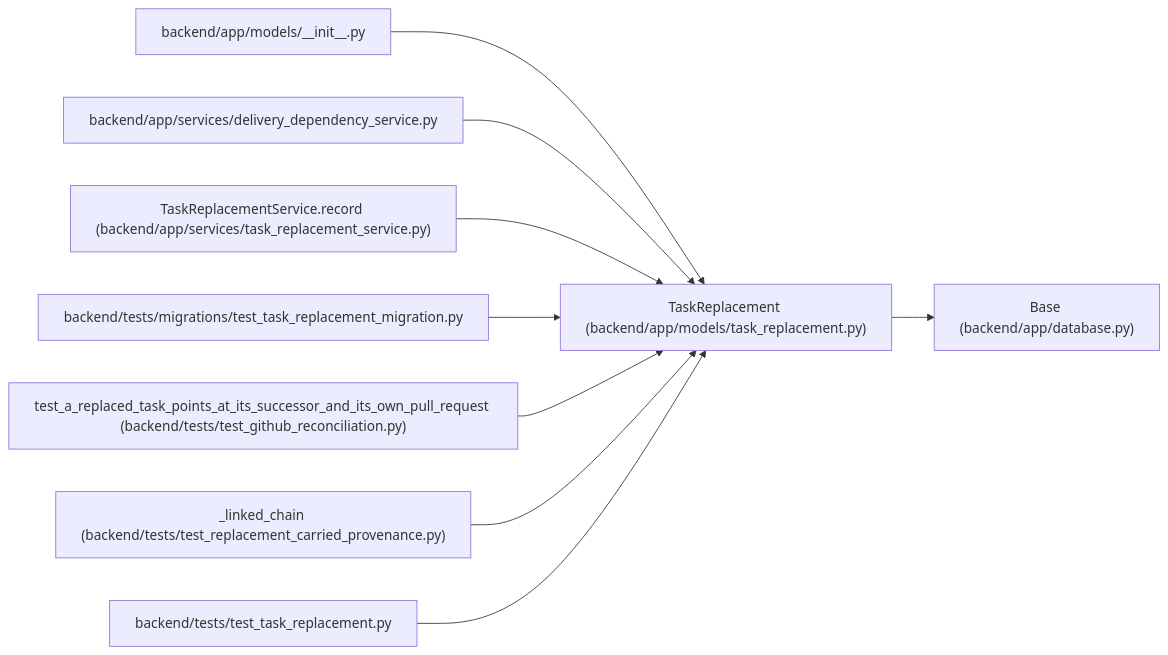
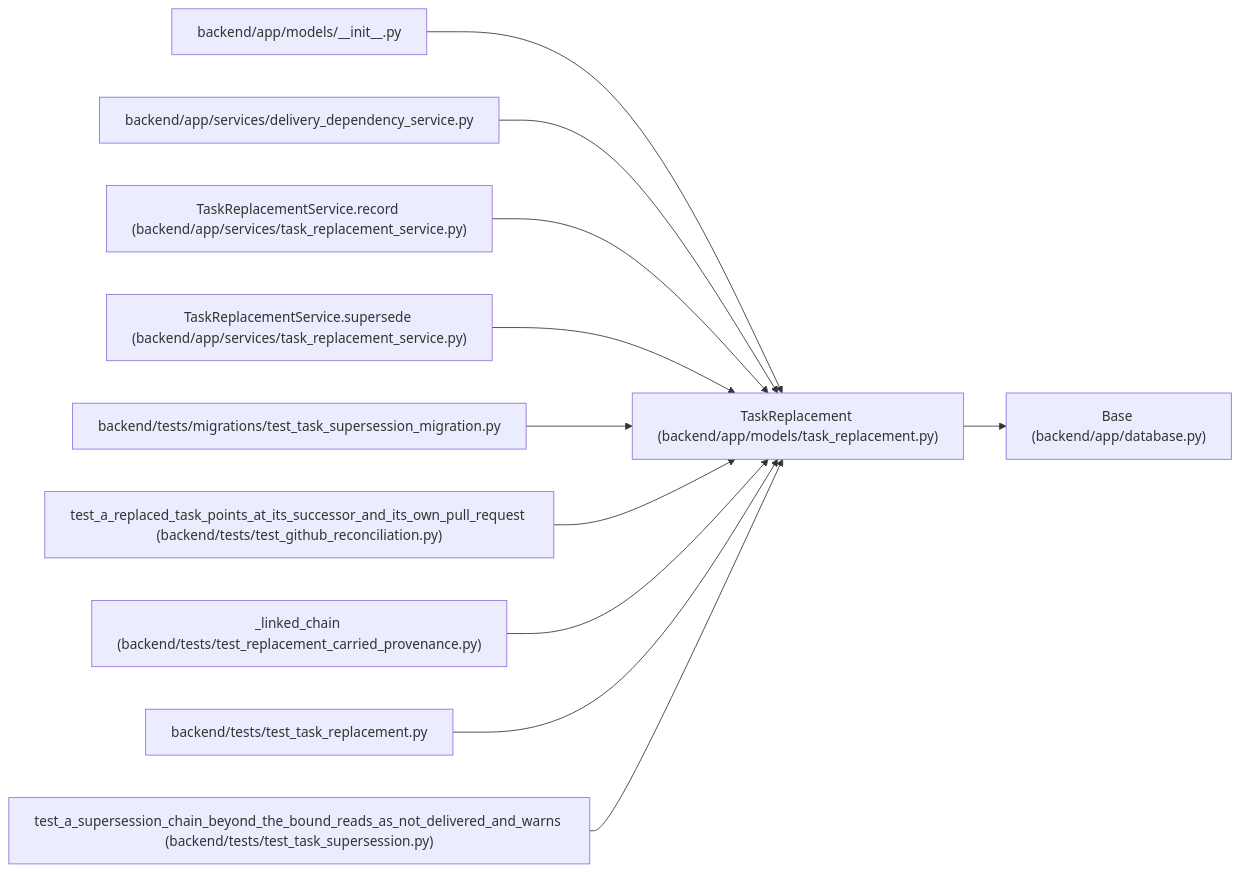
Before and after one commit to Denissvgn/WorkChord: the diagram in docs/llm_wiki/entities/TaskReplacement.md, drawn with Mermaid. The commit also changed other lines of this file and 693 other files, not shown here.

Commit message:
Sync the architectural wiki for superseding work with an accepted successor

````diff
--- a/docs/llm_wiki/entities/TaskReplacement.md
+++ b/docs/llm_wiki/entities/TaskReplacement.md
@@ -42,29 +47,35 @@
 ```mermaid
 flowchart LR
     n0["TaskReplacement (backend/app/models/task_replacement.py)"]
     n1["Base (backend/app/database.py)"]
     n2["backend/app/models/__init__.py"]
     n3["backend/app/services/delivery_dependency_service.py"]
     n4["TaskReplacementService.record (backend/app/services/task_replacement_service.py)"]
-    n5["backend/tests/migrations/test_task_replacement_migration.py"]
-    n6["test_a_replaced_task_points_at_its_successor_and_its_own_pull_request (backend/tests/test_github_reconciliation.py)"]
-    n7["_linked_chain (backend/tests/test_replacement_carried_provenance.py)"]
-    n8["backend/tests/test_task_replacement.py"]
+    n5["TaskReplacementService.supersede (backend/app/services/task_replacement_service.py)"]
+    n6["backend/tests/migrations/test_task_supersession_migration.py"]
+    n7["test_a_replaced_task_points_at_its_successor_and_its_own_pull_request (backend/tests/test_github_reconciliation.py)"]
+    n8["_linked_chain (backend/tests/test_replacement_carried_provenance.py)"]
+    n9["backend/tests/test_task_replacement.py"]
+    n10["test_a_supersession_chain_beyond_the_bound_reads_as_not_delivered_and_warns (backend/tests/test_task_supersession.py)"]
     n0 --> n1
     n2 --> n0
     n3 --> n0
     n4 --> n0
     n5 --> n0
     n6 --> n0
     n7 --> n0
     n8 --> n0
+    n9 --> n0
+    n10 --> n0
     click n0 "../modules/models_task_replacement.md"
     click n1 "../modules/app_database.md"
     click n2 "../modules/models___init__.md"
     click n3 "../modules/delivery_dependency_service.md"
     click n4 "../modules/task_replacement_service.md"
-    click n5 "../modules/test_task_replacement_migration.md"
-    click n6 "../modules/test_github_reconciliation.md"
-    click n7 "../modules/test_replacement_carried_provenance.md"
-    click n8 "../modules/test_task_replacement.md"
+    click n5 "../modules/task_replacement_service.md"
+    click n6 "../modules/test_task_supersession_migration.md"
+    click n7 "../modules/test_github_reconciliation.md"
+    click n8 "../modules/test_replacement_carried_provenance.md"
+    click n9 "../modules/test_task_replacement.md"
+    click n10 "../modules/test_task_supersession.md"
 ```
````
